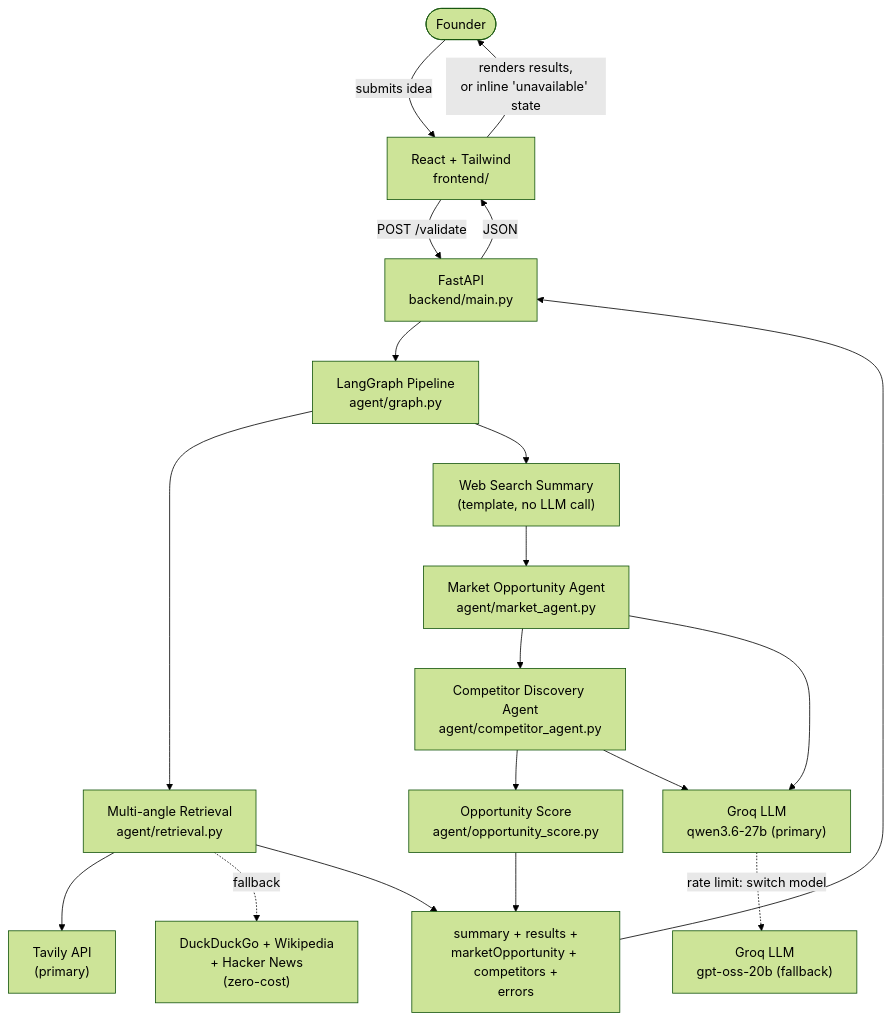
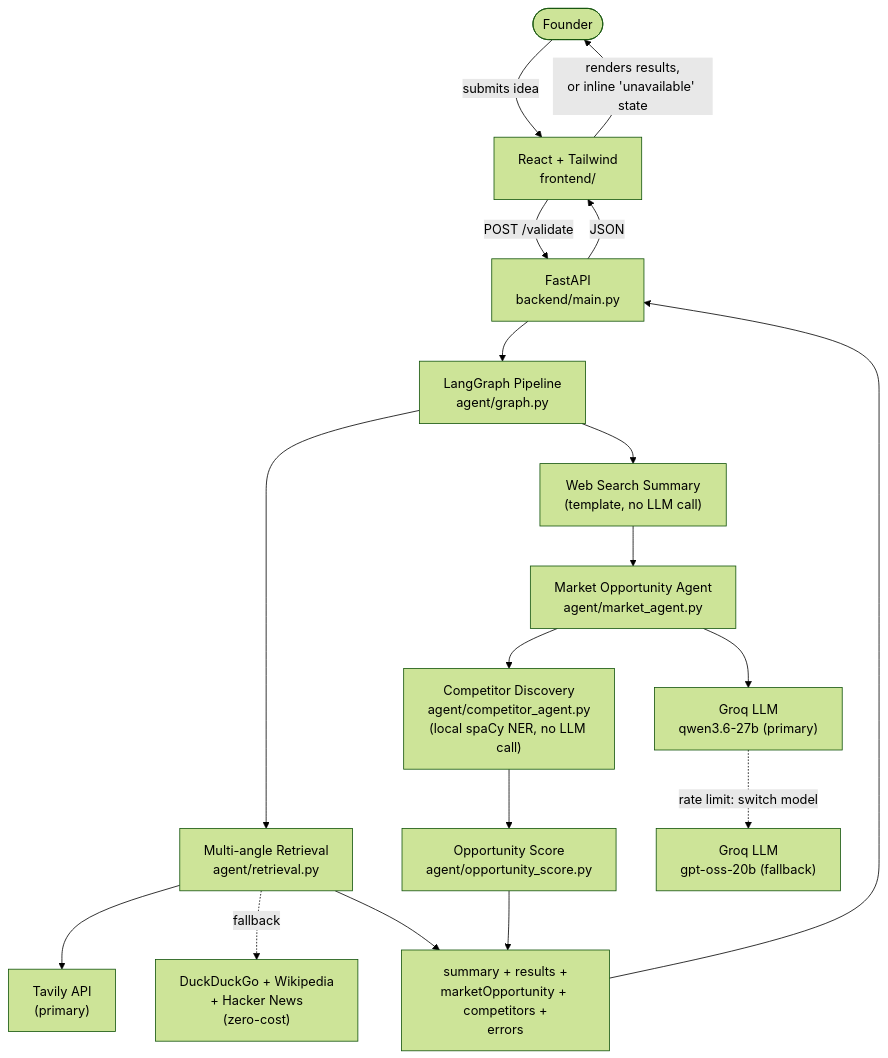
The diagram in README.md (Yasaswini-ch/Development-of-AI-Based-Startup-Idea-Validator-with-Market-Analysis-Assistance), drawn with Mermaid (forest theme) before and after one commit. The commit also changed other lines of this file and 3 other files, not shown here.

````diff
--- a/README.md
+++ b/README.md
@@ -23,24 +23,23 @@
 ```mermaid
 flowchart TD
     User(["Founder"]) -->|submits idea| Frontend["React + Tailwind\nfrontend/"]
     Frontend -->|POST /validate| Backend["FastAPI\nbackend/main.py"]
     Backend --> Pipeline["LangGraph Pipeline\nagent/graph.py"]
 
     Pipeline --> Retrieval["Multi-angle Retrieval\nagent/retrieval.py"]
     Retrieval --> Tavily["Tavily API\n(primary)"]
     Retrieval -.fallback.-> Free["DuckDuckGo + Wikipedia\n+ Hacker News\n(zero-cost)"]
 
     Pipeline --> WS["Web Search Summary\n(template, no LLM call)"]
     WS --> MO["Market Opportunity Agent\nagent/market_agent.py"]
-    MO --> CD["Competitor Discovery Agent\nagent/competitor_agent.py"]
+    MO --> CD["Competitor Discovery\nagent/competitor_agent.py\n(local spaCy NER, no LLM call)"]
     CD --> OS["Opportunity Score\nagent/opportunity_score.py"]
     MO --> LLM["Groq LLM\nqwen3.6-27b (primary)"]
-    CD --> LLM
     LLM -.rate limit: switch model.-> LLM2["Groq LLM\ngpt-oss-20b (fallback)"]
 
     Retrieval --> Response["summary + results +\nmarketOpportunity + competitors +\nerrors"]
     OS --> Response
     Response --> Backend
     Backend -->|JSON| Frontend
     Frontend -->|renders results,\nor inline 'unavailable' state| User
 ```
````
